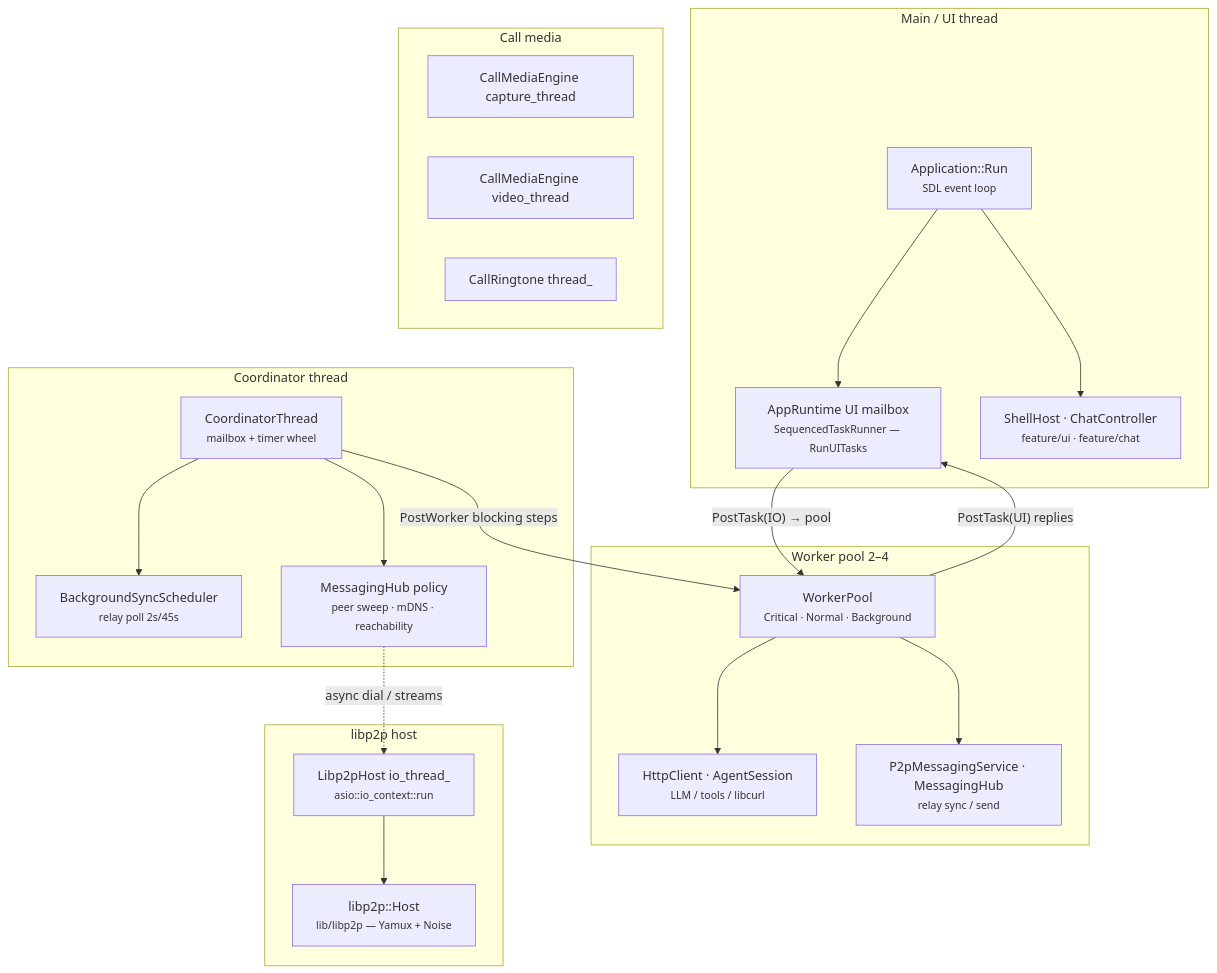
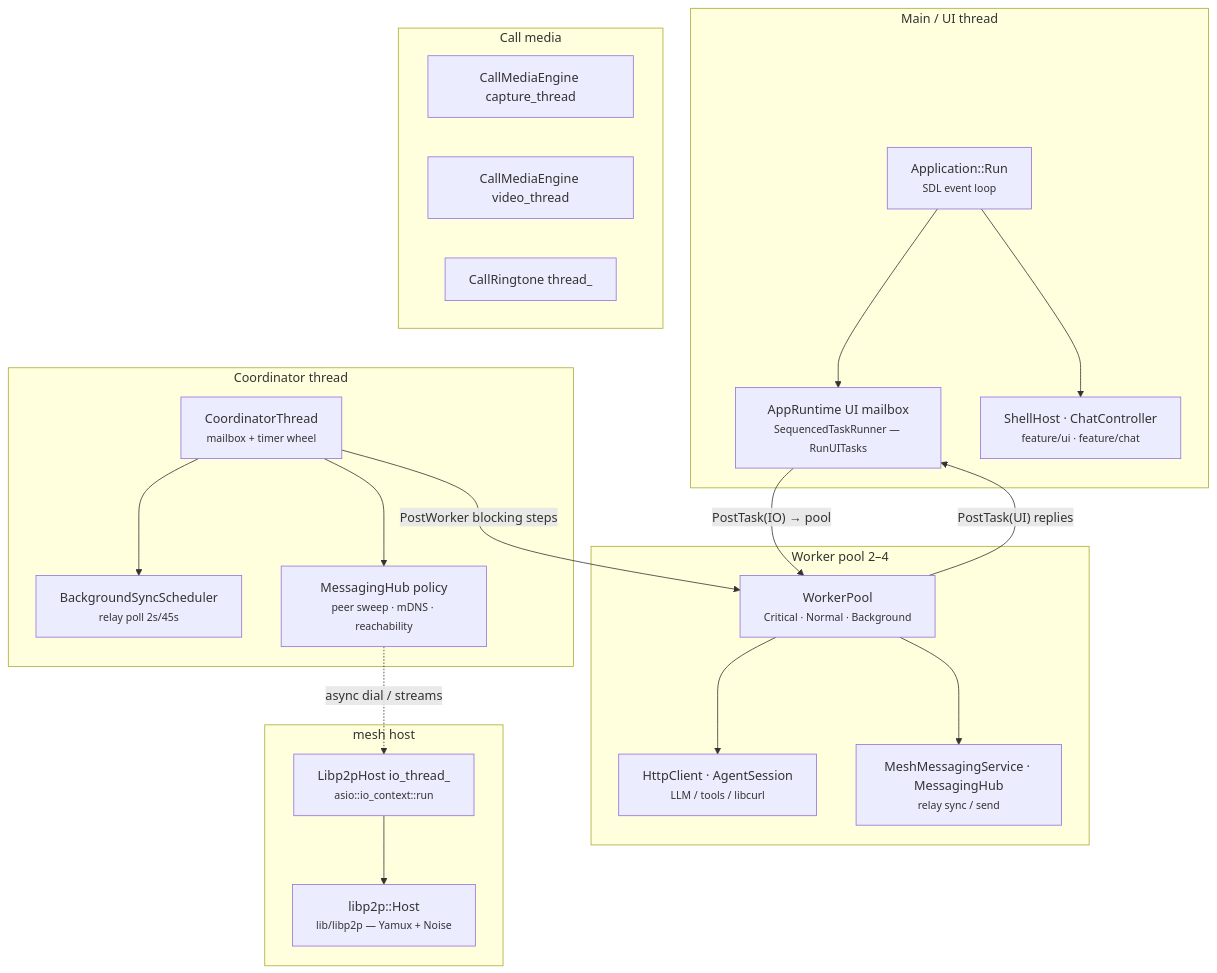
One commit to people-post/pp-browser changed the fourth of 4 diagrams in docs/architecture/RUNTIME_COMPOSITION.md. Above: the diagram before and after it, drawn with Mermaid. The commit also changed other lines of this file and 290 other files, not shown here.

````diff
--- a/docs/architecture/RUNTIME_COMPOSITION.md
+++ b/docs/architecture/RUNTIME_COMPOSITION.md
@@ -234,43 +234,43 @@
 ```mermaid
 flowchart TB
   subgraph main["Main / UI thread"]
     SDL["Application::Run<br/><small>SDL event loop</small>"]
     UIQ["AppRuntime UI mailbox<br/><small>SequencedTaskRunner — RunUITasks</small>"]
     ShellTick["ShellHost · ChatController<br/><small>feature/ui · feature/chat</small>"]
     SDL --> UIQ
     SDL --> ShellTick
   end
 
   subgraph coord["Coordinator thread"]
     Coord["CoordinatorThread<br/><small>mailbox + timer wheel</small>"]
     RelayPoll["BackgroundSyncScheduler<br/><small>relay poll 2s/45s</small>"]
     HubPolicy["MessagingHub policy<br/><small>peer sweep · mDNS · reachability</small>"]
     Coord --> RelayPoll
     Coord --> HubPolicy
   end
 
   subgraph pool["Worker pool 2–4"]
     Pool["WorkerPool<br/><small>Critical · Normal · Background</small>"]
     Http["HttpClient · AgentSession<br/><small>LLM / tools / libcurl</small>"]
-    P2pWork["P2pMessagingService · MessagingHub<br/><small>relay sync / send</small>"]
+    P2pWork["MeshMessagingService · MessagingHub<br/><small>relay sync / send</small>"]
     Pool --> Http
     Pool --> P2pWork
   end
 
-  subgraph libp2p_stack["libp2p host"]
+  subgraph libp2p_stack["mesh host"]
     LpIo["Libp2pHost io_thread_<br/><small>asio::io_context::run</small>"]
     Host["libp2p::Host<br/><small>lib/libp2p — Yamux + Noise</small>"]
     LpIo --> Host
   end
 
   subgraph media_stack["Call media"]
     Cap["CallMediaEngine capture_thread"]
     Vid["CallMediaEngine video_thread"]
     Ring["CallRingtone thread_"]
   end
 
   UIQ -->|"PostTask(IO) → pool"| Pool
   Pool -->|"PostTask(UI) replies"| UIQ
   Coord -->|"PostWorker blocking steps"| Pool
   HubPolicy -.->|"async dial / streams"| LpIo
 ```
````
